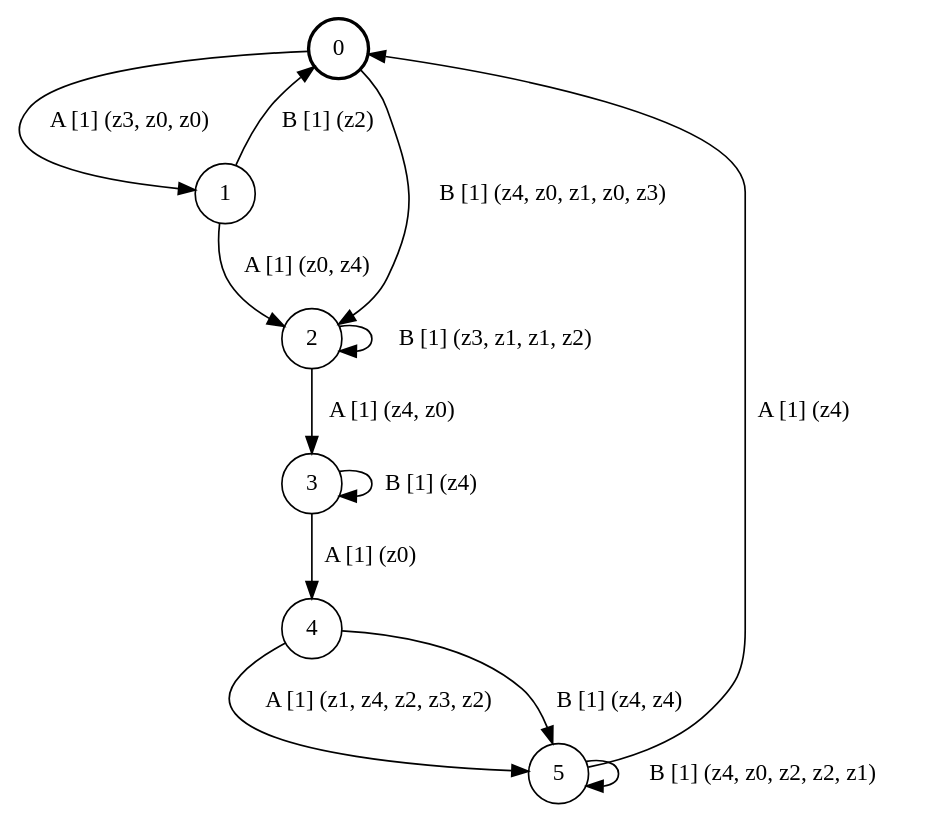
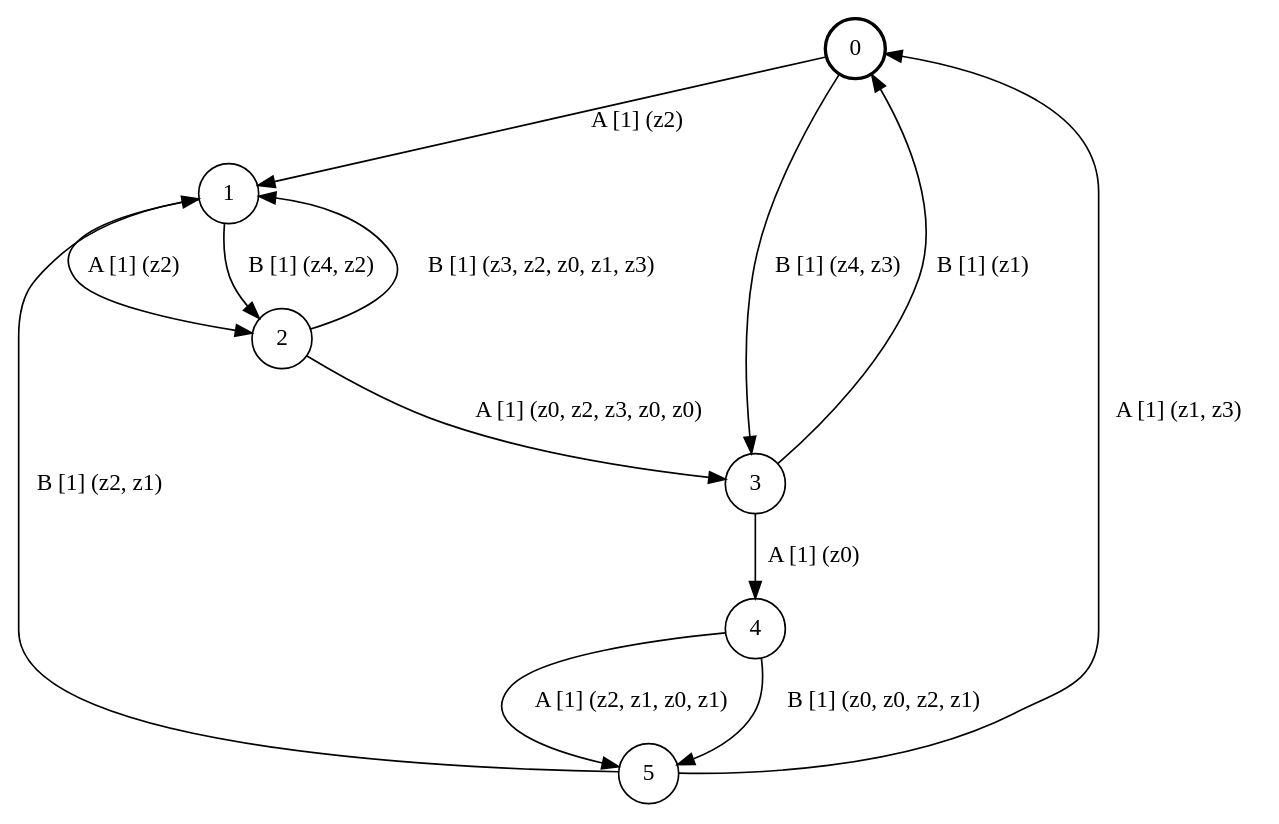
Before and after one commit to ulyantsev/EFSM-tools: the diagram in qbf/testing/fsm_6s2e5a.dot, drawn with Graphviz. The commit also changed 5228 other files, not shown here.

```diff
--- a/qbf/testing/fsm_6s2e5a.dot
+++ b/qbf/testing/fsm_6s2e5a.dot
@@ -1,18 +1,18 @@
 # generated file, don't try to modify
 # command: dot -Tpng <filename> > tree.png
 digraph Automaton {
     node [shape = circle];
     0 [style = "bold"];
-    0 -> 1 [label = "A [1] (z3, z0, z0) "];
-    0 -> 2 [label = "B [1] (z4, z0, z1, z0, z3) "];
-    1 -> 2 [label = "A [1] (z0, z4) "];
-    1 -> 0 [label = "B [1] (z2) "];
-    2 -> 3 [label = "A [1] (z4, z0) "];
-    2 -> 2 [label = "B [1] (z3, z1, z1, z2) "];
+    0 -> 1 [label = "A [1] (z2) "];
+    0 -> 3 [label = "B [1] (z4, z3) "];
+    1 -> 2 [label = "A [1] (z2) "];
+    1 -> 2 [label = "B [1] (z4, z2) "];
+    2 -> 3 [label = "A [1] (z0, z2, z3, z0, z0) "];
+    2 -> 1 [label = "B [1] (z3, z2, z0, z1, z3) "];
     3 -> 4 [label = "A [1] (z0) "];
-    3 -> 3 [label = "B [1] (z4) "];
-    4 -> 5 [label = "A [1] (z1, z4, z2, z3, z2) "];
-    4 -> 5 [label = "B [1] (z4, z4) "];
-    5 -> 0 [label = "A [1] (z4) "];
-    5 -> 5 [label = "B [1] (z4, z0, z2, z2, z1) "];
+    3 -> 0 [label = "B [1] (z1) "];
+    4 -> 5 [label = "A [1] (z2, z1, z0, z1) "];
+    4 -> 5 [label = "B [1] (z0, z0, z2, z1) "];
+    5 -> 0 [label = "A [1] (z1, z3) "];
+    5 -> 1 [label = "B [1] (z2, z1) "];
 }
```
